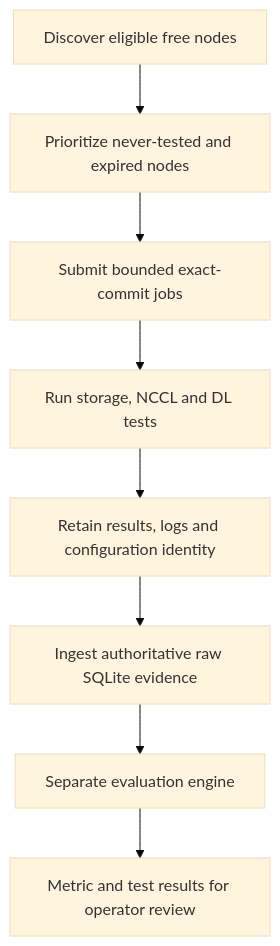
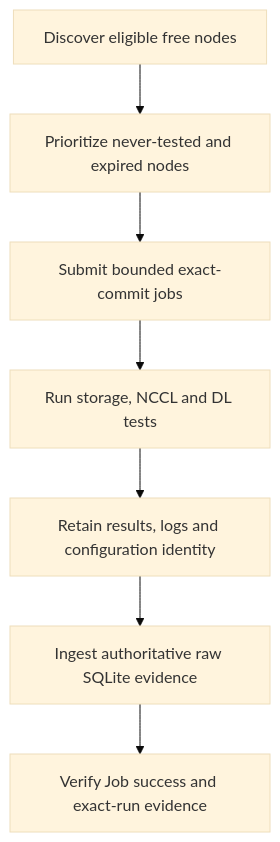
Before and after one commit to IamNirmata/c-val: the diagram in docs/cval-progress.md, drawn with Mermaid (base theme). The commit also changed other lines of this file and 47 other files, not shown here.

Commit message:
Remove downstream evaluation and retain raw validation scope

````diff
--- a/docs/cval-progress.md
+++ b/docs/cval-progress.md
@@ -115,10 +18,9 @@
 ```mermaid
 flowchart TD
     Nodes["Discover eligible free nodes"] --> Queue["Prioritize never-tested and expired nodes"]
     Queue --> Jobs["Submit bounded exact-commit jobs"]
     Jobs --> Tests["Run storage, NCCL and DL tests"]
     Tests --> Evidence["Retain results, logs and configuration identity"]
     Evidence --> Raw["Ingest authoritative raw SQLite evidence"]
-    Raw --> Evaluator["Separate evaluation engine"]
-    Evaluator --> Results["Metric and test results for operator review"]
+    Raw --> Verify["Verify Job success and exact-run evidence"]
 ```
````
